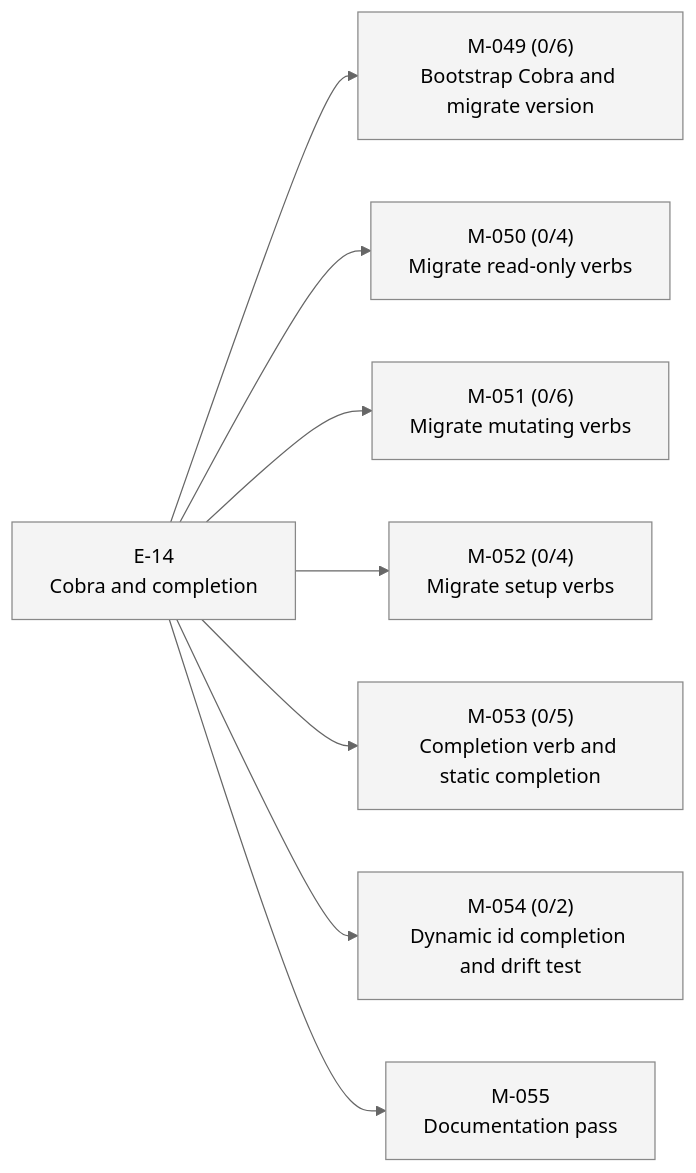
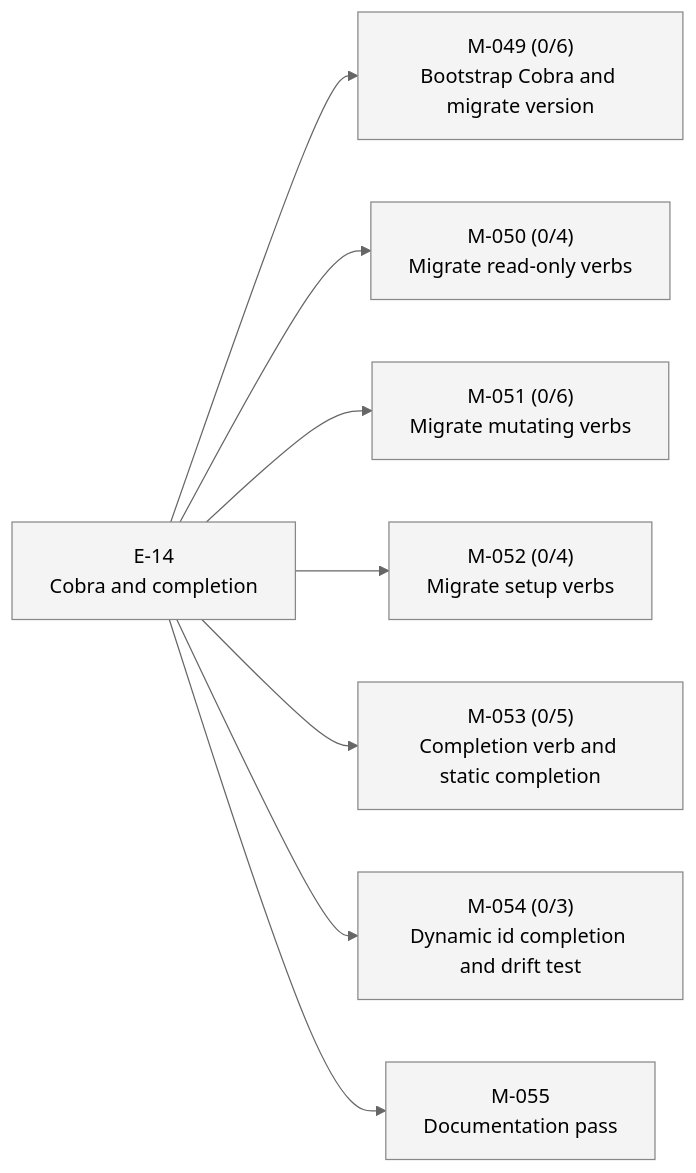
One commit to 23min/aiwf changed the second of 2 diagrams in STATUS.md. Above: the diagram before and after it, drawn with Mermaid (neutral theme). The commit also changed other lines of this file and 1 other file, not shown here.

First line of the commit message:
aiwf add ac M-054/AC-3 "Drift-prevention policy test fails CI on flag without completion wiring"

````diff
--- a/STATUS.md
+++ b/STATUS.md
@@ -38,24 +38,24 @@
 ```mermaid
 flowchart LR
   E_14["E-14<br/>Cobra and completion"]:::epic_proposed
   M_049["M-049 (0/6)<br/>Bootstrap Cobra and migrate version"]:::ms_draft
   E_14 --> M_049
   M_050["M-050 (0/4)<br/>Migrate read-only verbs"]:::ms_draft
   E_14 --> M_050
   M_051["M-051 (0/6)<br/>Migrate mutating verbs"]:::ms_draft
   E_14 --> M_051
   M_052["M-052 (0/4)<br/>Migrate setup verbs"]:::ms_draft
   E_14 --> M_052
   M_053["M-053 (0/5)<br/>Completion verb and static completion"]:::ms_draft
   E_14 --> M_053
-  M_054["M-054 (0/2)<br/>Dynamic id completion and drift test"]:::ms_draft
+  M_054["M-054 (0/3)<br/>Dynamic id completion and drift test"]:::ms_draft
   E_14 --> M_054
   M_055["M-055<br/>Documentation pass"]:::ms_draft
   E_14 --> M_055
   classDef epic_active fill:#d6eaff,stroke:#1a73e8,color:#000
   classDef epic_proposed fill:#f4f4f4,stroke:#888,color:#000
   classDef ms_done fill:#d8f5d8,stroke:#2a8a2a,color:#000
   classDef ms_in_progress fill:#fff3c4,stroke:#caa400,color:#000
   classDef ms_draft fill:#f4f4f4,stroke:#888,color:#000
   classDef ms_cancelled fill:#fbeaea,stroke:#c33,color:#000
 ```
````
